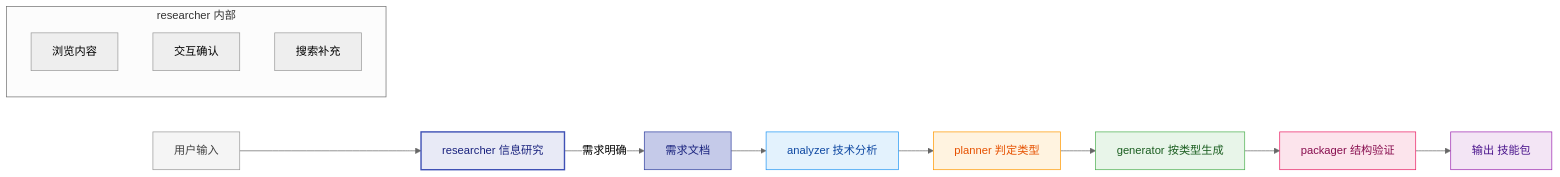
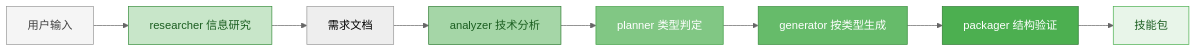
The third of 7 diagrams in skill-factory/SKILL.md (morning-start/coze-skills), drawn with Mermaid (neutral theme) before and after one commit. The commit also changed other lines of this file and 10 other files, not shown here.

````diff
--- a/skill-factory/SKILL.md
+++ b/skill-factory/SKILL.md
@@ -70,28 +118,18 @@
 ```mermaid
 flowchart LR
     A[用户输入] --> R[researcher 信息研究]
-    
-    R -->|需求明确| N[需求文档]
-    
+    R --> N[需求文档]
     N --> AN[analyzer 技术分析]
-    AN --> PL[planner 判定类型]
+    AN --> PL[planner 类型判定]
     PL --> GE[generator 按类型生成]
     GE --> PA[packager 结构验证]
-    PA --> OUT[输出 技能包]
-    
-    subgraph researcher 内部
-        direction TB
-        R1[浏览内容]
-        R2[交互确认]
-        R3[搜索补充]
-    end
-    
+    PA --> OUT[技能包]
+
     style A fill:#f5f5f5,color:#424242
-    style R fill:#e8eaf6,stroke:#3f51b5,stroke-width:2px,color:#1a237e
-    style N fill:#c5cae9,stroke:#303f9f,color:#1a237e
-    style AN fill:#e3f2fd,stroke:#2196f3,color:#0d47a1
-    style PL fill:#fff3e0,stroke:#ff9800,color:#e65100
-    style GE fill:#e8f5e9,stroke:#4caf50,color:#1b5e20
-    style PA fill:#fce4ec,stroke:#e91e63,color:#880e4f
-    style OUT fill:#f3e5f5,stroke:#9c27b0,color:#4a148c
+    style R fill:#c8e6c9,stroke:#388e3c,color:#1b5e20
+    style AN fill:#a5d6a7,stroke:#2e7d32,color:#1b5e20
+    style PL fill:#81c784,stroke:#43a047,color:#ffffff
+    style GE fill:#66bb6a,stroke:#388e3c,color:#ffffff
+    style PA fill:#4caf50,stroke:#2e7d32,color:#ffffff
+    style OUT fill:#e8f5e9,stroke:#4caf50,color:#1b5e20
 ```
````
